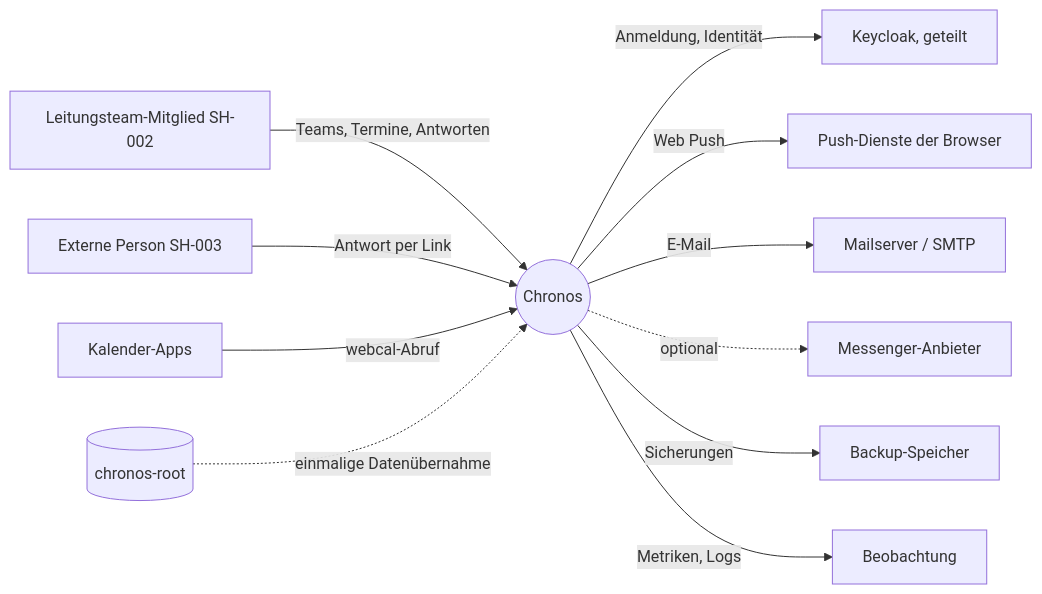
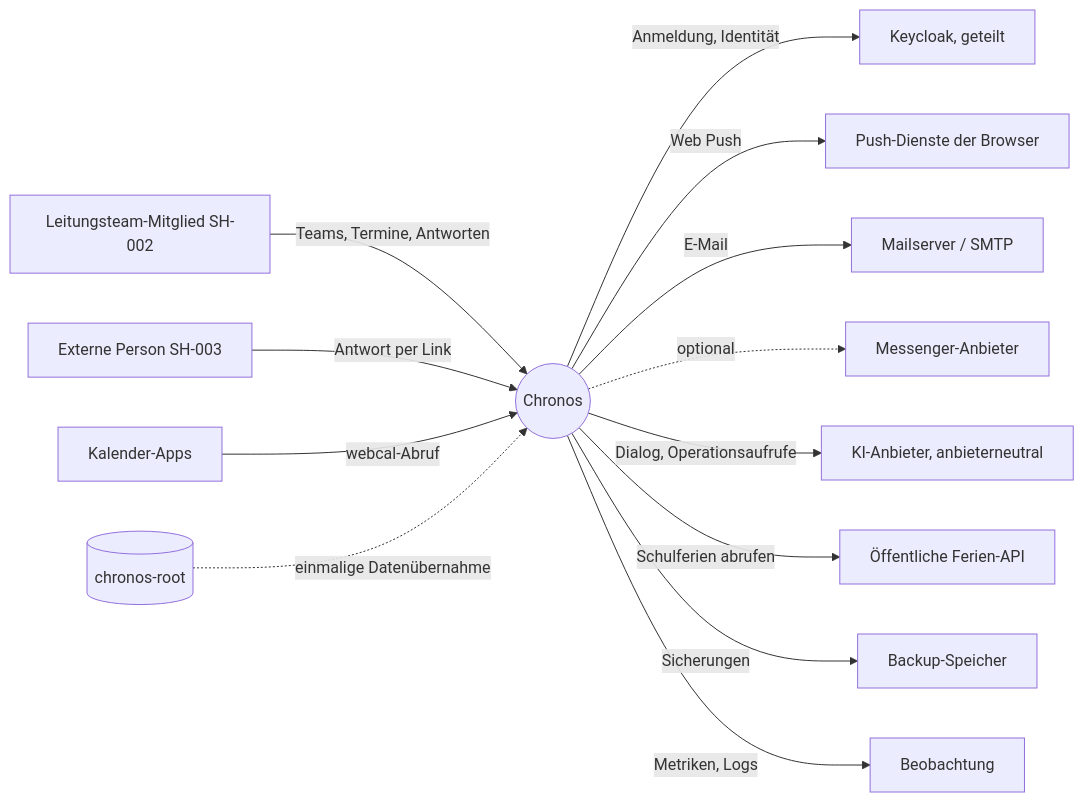
Before and after one commit to LetsFinishSchool/chronos-v3: the diagram in docs/req42/03-scope/SC-001-systemkontext.md, drawn with Mermaid. The commit also changed other lines of this file and 122 other files, not shown here.

````diff
--- a/docs/req42/03-scope/SC-001-systemkontext.md
+++ b/docs/req42/03-scope/SC-001-systemkontext.md
@@ -14,13 +14,15 @@
 ```mermaid
 flowchart LR
   L[Leitungsteam-Mitglied SH-002] -- Teams, Termine, Antworten --> C((Chronos))
   X[Externe Person SH-003] -- Antwort per Link --> C
   C -- Anmeldung, Identität --> K[Keycloak, geteilt]
   C -- Web Push --> W[Push-Dienste der Browser]
   C -- E-Mail --> M[Mailserver / SMTP]
   C -. optional .-> MS[Messenger-Anbieter]
   K2[Kalender-Apps] -- webcal-Abruf --> C
+  C -- Dialog, Operationsaufrufe --> AI[KI-Anbieter, anbieterneutral]
+  C -- Schulferien abrufen --> SF[Öffentliche Ferien-API]
   C -- Sicherungen --> B[Backup-Speicher]
   C -- Metriken, Logs --> O[Beobachtung]
   R[(chronos-root)] -. einmalige Datenübernahme .-> C
 ```
````
